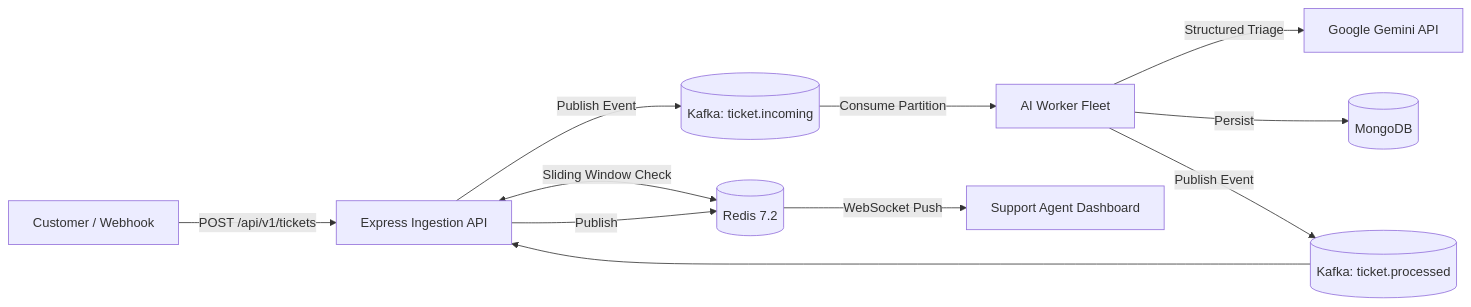
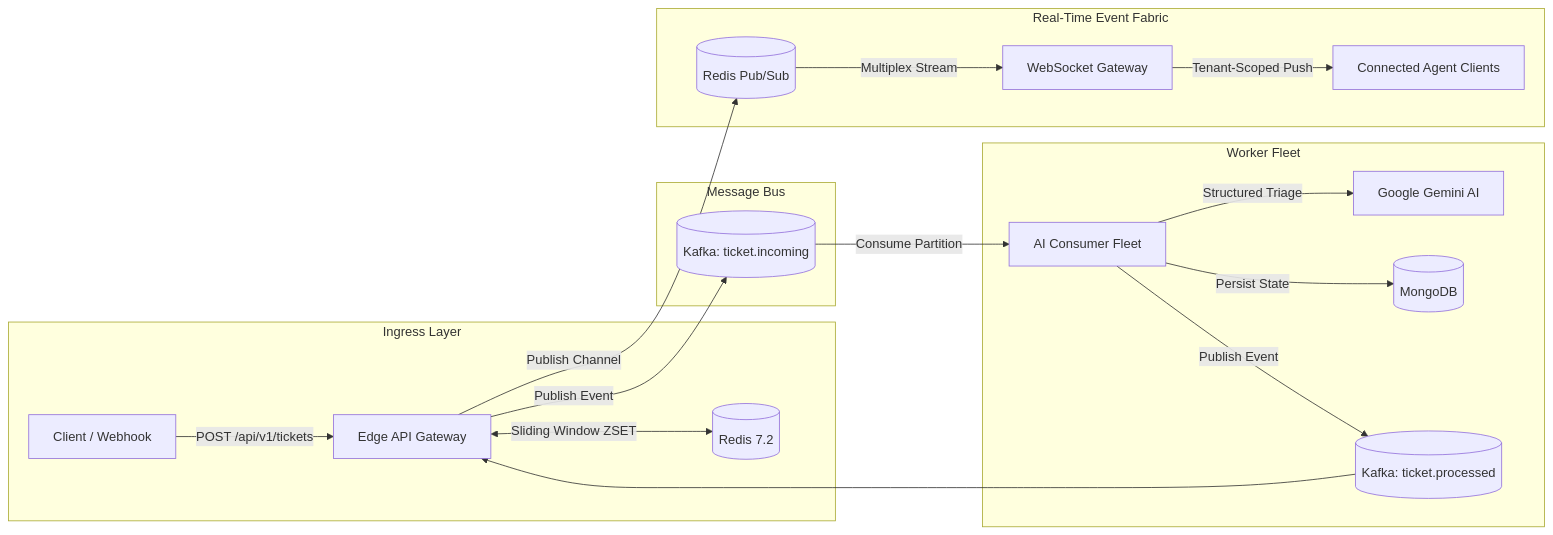
Before and after one commit to Y45hK1r0l4/FluxDesk: the diagram in README.md, drawn with Mermaid. The commit also changed other lines of this file and 2 other files, not shown here.

Commit message:
docs: present FluxDesk as unified real-time event streaming engine

````diff
--- a/README.md
+++ b/README.md
@@ -22,15 +22,25 @@
 ```mermaid
 flowchart LR
-    Client[Customer / Webhook] -->|POST /api/v1/tickets| Gateway[Express Ingestion API]
-    Gateway <-->|Sliding Window Check| Redis[(Redis 7.2)]
-    Gateway -->|Publish Event| Kafka[(Kafka: ticket.incoming)]
-    
-    Kafka -->|Consume Partition| Worker[AI Worker Fleet]
-    Worker -->|Structured Triage| Gemini[Google Gemini API]
-    Worker -->|Persist| Mongo[(MongoDB)]
-    Worker -->|Publish Event| KafkaOut[(Kafka: ticket.processed)]
-    
-    KafkaOut --> Gateway
-    Gateway -->|Publish| Redis
-    Redis -->|WebSocket Push| AgentUI[Support Agent Dashboard]
+    subgraph Ingestion["Ingress Layer"]
+        Client[Client / Webhook] -->|POST /api/v1/tickets| Gateway[Edge API Gateway]
+        Gateway <-->|Sliding Window ZSET| RedisRate[(Redis 7.2)]
+    end
+
+    subgraph Streaming["Message Bus"]
+        Gateway -->|Publish Event| KafkaIn[(Kafka: ticket.incoming)]
+    end
+
+    subgraph Processing["Worker Fleet"]
+        KafkaIn -->|Consume Partition| Worker[AI Consumer Fleet]
+        Worker -->|Structured Triage| Gemini[Google Gemini AI]
+        Worker -->|Persist State| Mongo[(MongoDB)]
+        Worker -->|Publish Event| KafkaOut[(Kafka: ticket.processed)]
+    end
+
+    subgraph RealTime["Real-Time Event Fabric"]
+        KafkaOut --> Gateway
+        Gateway -->|Publish Channel| RedisPubSub[(Redis Pub/Sub)]
+        RedisPubSub -->|Multiplex Stream| WSGateway[WebSocket Gateway]
+        WSGateway -->|Tenant-Scoped Push| Subscribers[Connected Agent Clients]
+    end
 ```
````
